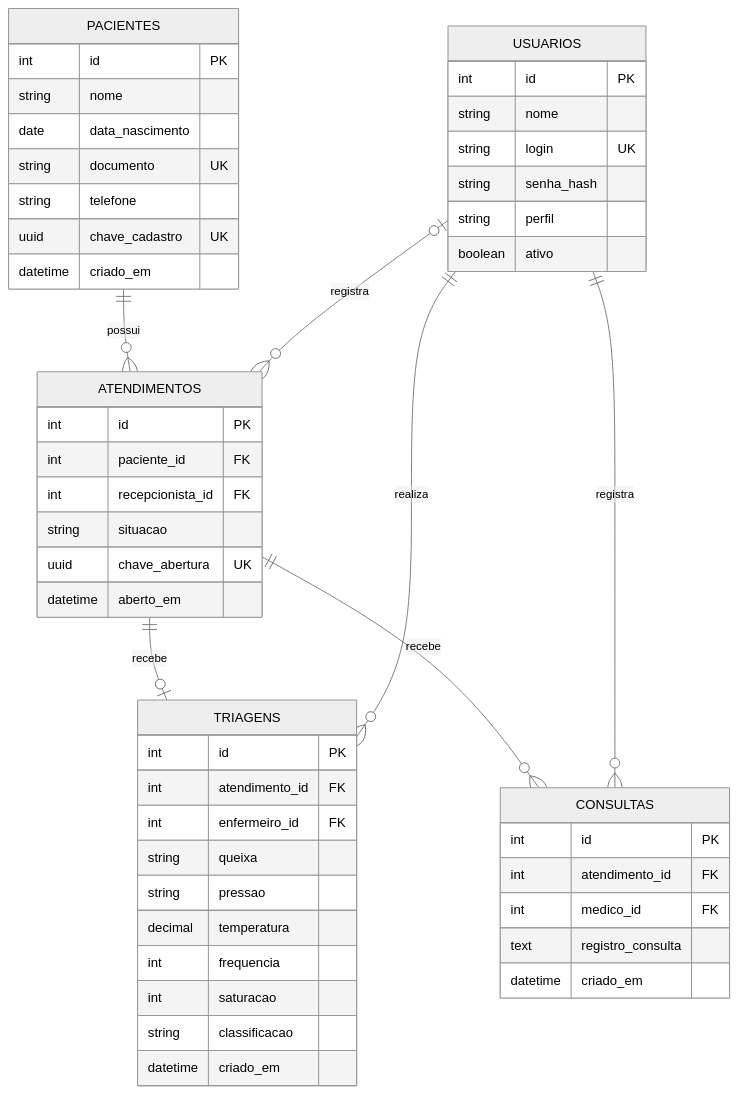
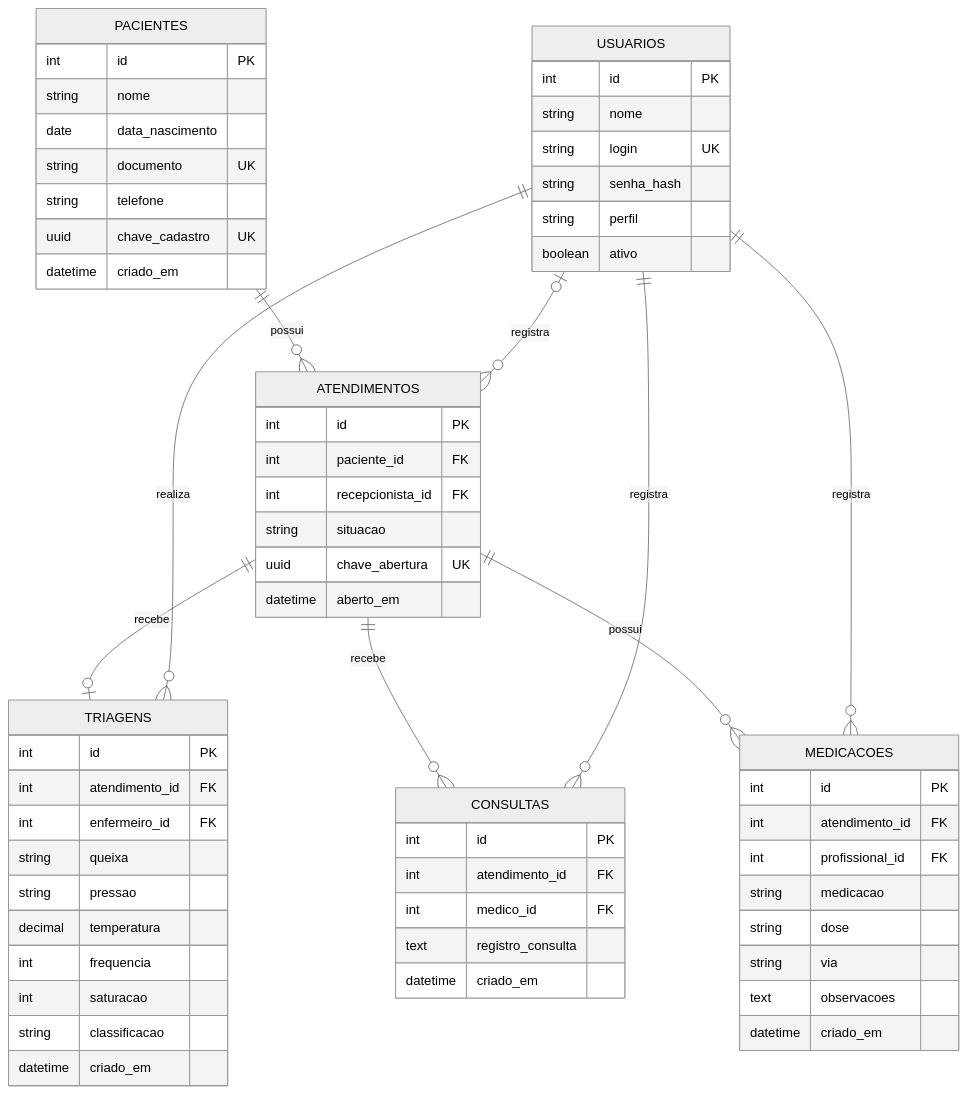
The diagram in docs/MER.md (lucaaroeiracrv/PI2-er-triage-system), drawn with Mermaid (neutral theme) before and after one commit. The commit also changed other lines of this file and 2 other files, not shown here.

````diff
--- a/docs/MER.md
+++ b/docs/MER.md
@@ -11,58 +11,71 @@
 ```mermaid
 erDiagram
     USUARIOS {
         int id PK
         string nome
         string login UK
         string senha_hash
         string perfil
         boolean ativo
     }
 
     PACIENTES {
         int id PK
         string nome
         date data_nascimento
         string documento UK
         string telefone
         uuid chave_cadastro UK
         datetime criado_em
     }
 
     ATENDIMENTOS {
         int id PK
         int paciente_id FK
         int recepcionista_id FK
         string situacao
         uuid chave_abertura UK
         datetime aberto_em
     }
 
     TRIAGENS {
         int id PK
         int atendimento_id FK
         int enfermeiro_id FK
         string queixa
         string pressao
         decimal temperatura
         int frequencia
         int saturacao
         string classificacao
         datetime criado_em
     }
 
     CONSULTAS {
         int id PK
         int atendimento_id FK
         int medico_id FK
         text registro_consulta
         datetime criado_em
     }
 
+    MEDICACOES {
+        int id PK
+        int atendimento_id FK
+        int profissional_id FK
+        string medicacao
+        string dose
+        string via
+        text observacoes
+        datetime criado_em
+    }
+
     PACIENTES ||--o{ ATENDIMENTOS : possui
     USUARIOS o|--o{ ATENDIMENTOS : registra
     ATENDIMENTOS ||--o| TRIAGENS : recebe
     USUARIOS ||--o{ TRIAGENS : realiza
     ATENDIMENTOS ||--o{ CONSULTAS : recebe
     USUARIOS ||--o{ CONSULTAS : registra
+    ATENDIMENTOS ||--o{ MEDICACOES : possui
+    USUARIOS ||--o{ MEDICACOES : registra
 ```
````
